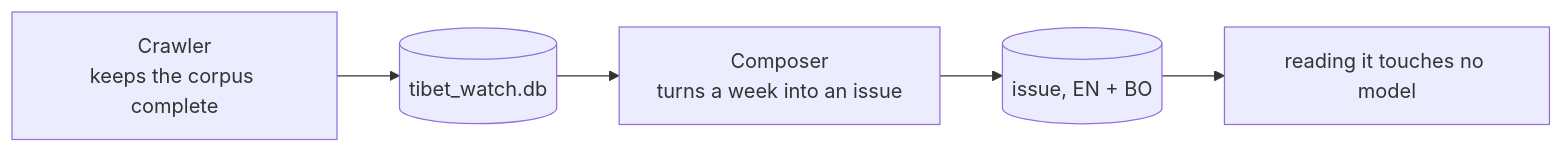
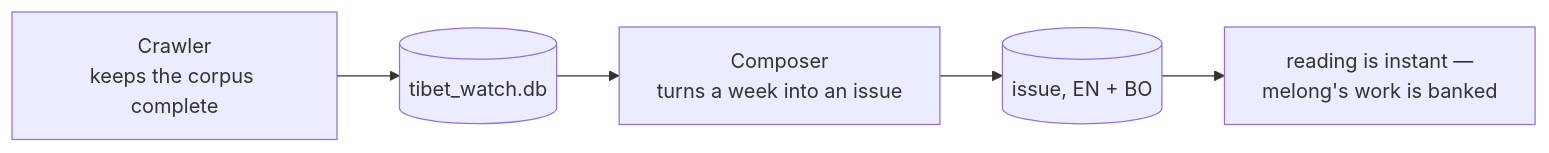
The fifth of 7 diagrams in README.md (tenlhak/monlam_hackathon26), drawn with Mermaid before and after one commit. The commit also changed other lines of this file, not shown here.

First line of the commit message:
docs: frame the README around where Monlam models do the work

````diff
--- a/README.md
+++ b/README.md
@@ -195,7 +217,7 @@
 ```mermaid
 flowchart LR
     Crawler["Crawler<br/>keeps the corpus complete"] --> DB[("tibet_watch.db")]
     DB --> Composer["Composer<br/>turns a week into an issue"]
     Composer --> Issue[("issue, EN + BO")]
-    Issue --> Read["reading it touches no model"]
+    Issue --> Read["reading is instant —<br/>melong's work is banked"]
 ```
````
